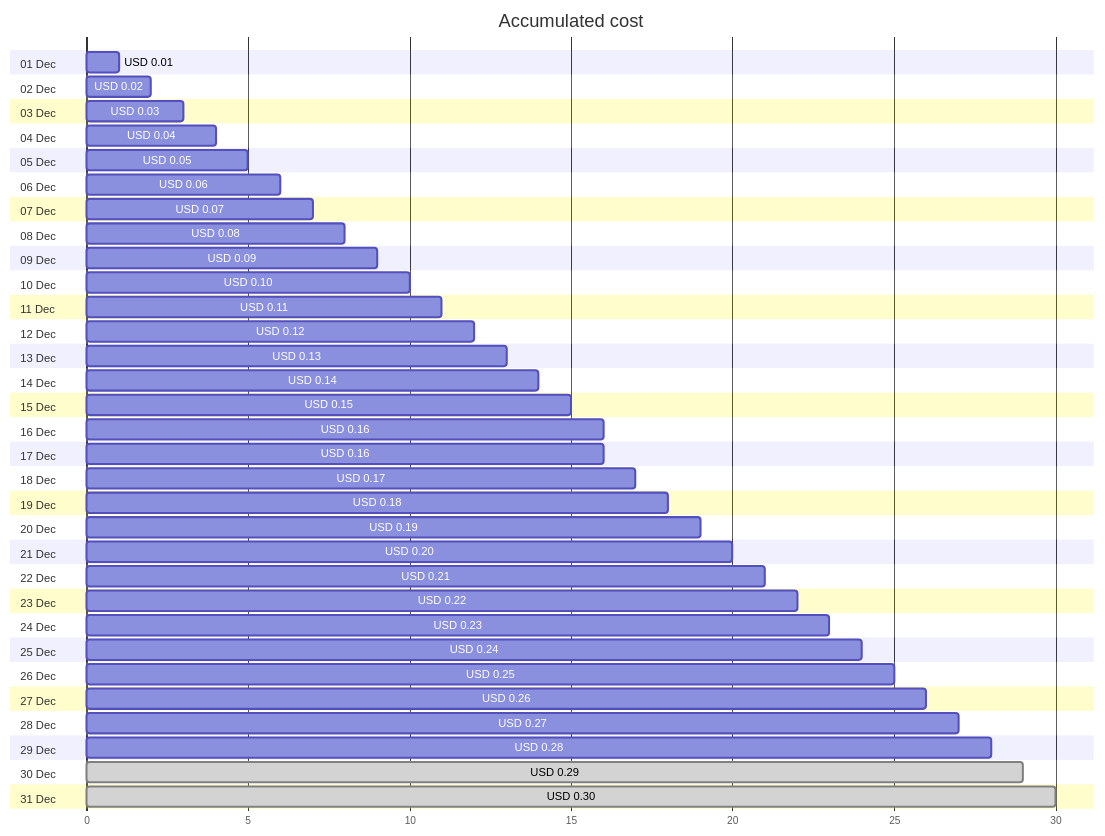
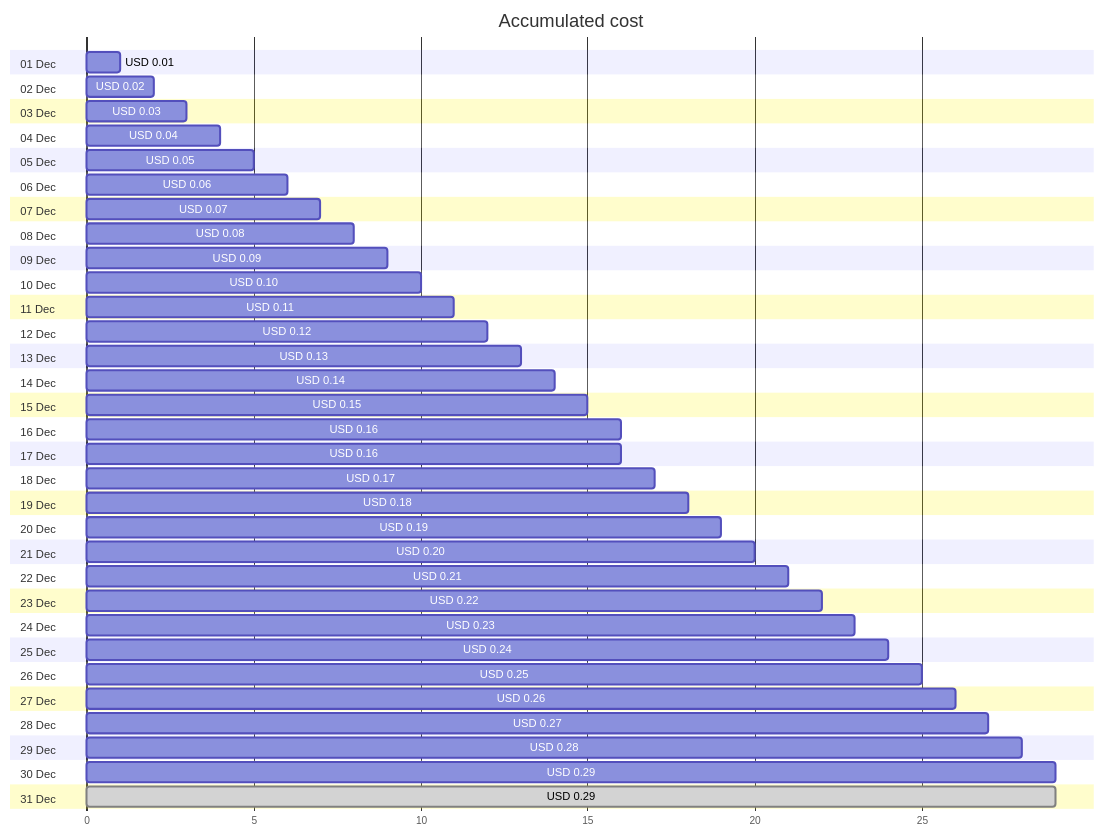
Before and after one commit to jpfulton/azure-personal-reports: the first of 4 diagrams in cost-reports/cloud-shell-storage-eastus/README.md, drawn with Mermaid. The commit also changed other lines of this file and 1 other file, not shown here.

````diff
--- a/cost-reports/cloud-shell-storage-eastus/README.md
+++ b/cost-reports/cloud-shell-storage-eastus/README.md
@@ -20,68 +20,68 @@
 ```mermaid
 gantt
    title Accumulated cost
    dateFormat  X
    axisFormat %s
    section 01 Dec
    USD 0.01 :0, 1
    section 02 Dec
    USD 0.02 :0, 2
    section 03 Dec
    USD 0.03 :0, 3
    section 04 Dec
    USD 0.04 :0, 4
    section 05 Dec
    USD 0.05 :0, 5
    section 06 Dec
    USD 0.06 :0, 6
    section 07 Dec
    USD 0.07 :0, 7
    section 08 Dec
    USD 0.08 :0, 8
    section 09 Dec
    USD 0.09 :0, 9
    section 10 Dec
    USD 0.10 :0, 10
    section 11 Dec
    USD 0.11 :0, 11
    section 12 Dec
    USD 0.12 :0, 12
    section 13 Dec
    USD 0.13 :0, 13
    section 14 Dec
    USD 0.14 :0, 14
    section 15 Dec
    USD 0.15 :0, 15
    section 16 Dec
    USD 0.16 :0, 16
    section 17 Dec
    USD 0.16 :0, 16
    section 18 Dec
    USD 0.17 :0, 17
    section 19 Dec
    USD 0.18 :0, 18
    section 20 Dec
    USD 0.19 :0, 19
    section 21 Dec
    USD 0.20 :0, 20
    section 22 Dec
    USD 0.21 :0, 21
    section 23 Dec
    USD 0.22 :0, 22
    section 24 Dec
    USD 0.23 :0, 23
    section 25 Dec
    USD 0.24 :0, 24
    section 26 Dec
    USD 0.25 :0, 25
    section 27 Dec
    USD 0.26 :0, 26
    section 28 Dec
    USD 0.27 :0, 27
    section 29 Dec
    USD 0.28 :0, 28
    section 30 Dec
+   USD 0.29 :0, 29
+   section 31 Dec
    USD 0.29 : done, 0, 29
-   section 31 Dec
-   USD 0.30 : done, 0, 30
 ```
````
